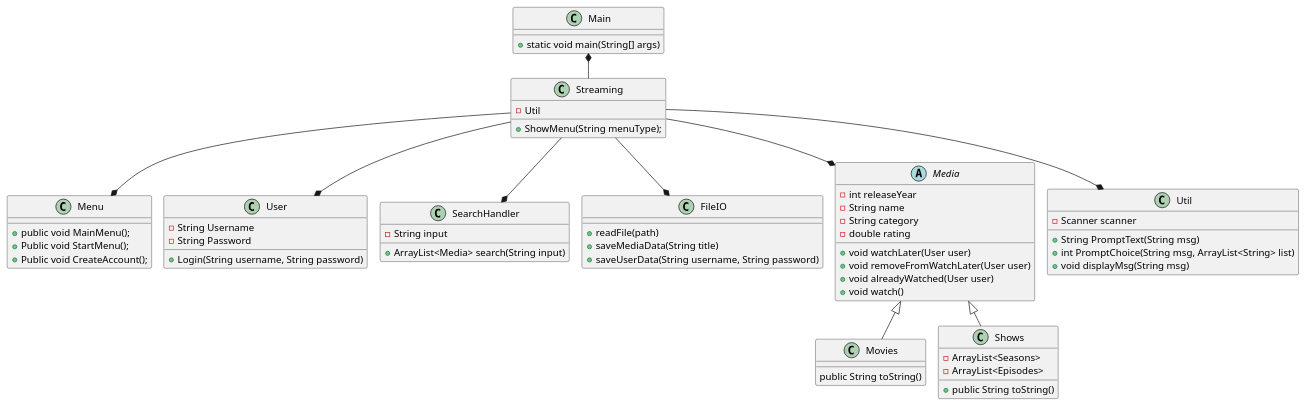
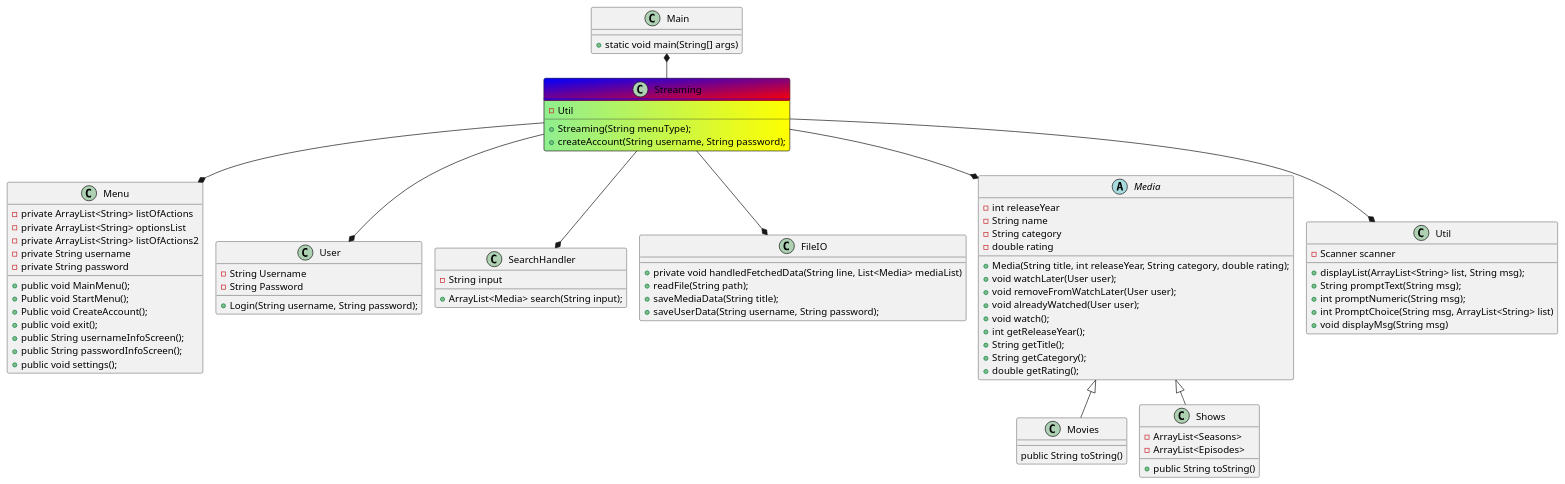
One commit to ValdemarLarsen02/SP3GruppeD changed the diagram in Docs/ClassDiagram.puml. Above: the diagram before and after it, drawn with PlantUML. The commit also changed 5 other files, not shown here.

```diff
--- a/Docs/ClassDiagram.puml
+++ b/Docs/ClassDiagram.puml
@@ -1,79 +1,97 @@
 @startuml
 !pragma layout smetana
 
 Class Main{
 +static void main(String[] args)
 }
 
 Class Menu{
+ - private ArrayList<String> listOfActions
+ - private ArrayList<String> optionsList
+ - private ArrayList<String> listOfActions2
+ - private String username
+ - private String password
  + public void MainMenu();
  + Public void StartMenu();
  + Public void CreateAccount();
+ + public void exit();
+ + public String usernameInfoScreen();
+ + public String passwordInfoScreen();
+ + public void settings();
 }
 
 
 
-Class Streaming {
+Class Streaming #back:lightgreen|yellow;header:blue/red {
     -Util
-    + ShowMenu(String menuType);
+    + Streaming(String menuType);
+    + createAccount(String username, String password);
 }
 
 Class User{
 - String Username
 - String Password
-+ Login(String username, String password)
++ Login(String username, String password);
 }
 
 Class SearchHandler {
 - String input
-+ ArrayList<Media> search(String input)
++ ArrayList<Media> search(String input);
 
 }
 
 Class FileIO{
-+ readFile(path)
-+ saveMediaData(String title)
-+ saveUserData(String username, String password)
++ private void handledFetchedData(String line, List<Media> mediaList)
++ readFile(String path);
++ saveMediaData(String title);
++ saveUserData(String username, String password);
 }
 
 Abstract Media{
 - int releaseYear
 - String name
 - String category
 - double rating
-+ void watchLater(User user)
-+ void removeFromWatchLater(User user)
-+ void alreadyWatched(User user)
-+ void watch()
++ Media(String title, int releaseYear, String category, double rating);
++ void watchLater(User user);
++ void removeFromWatchLater(User user);
++ void alreadyWatched(User user);
++ void watch();
++ int getReleaseYear();
++ String getTitle();
++ String getCategory();
++ double getRating();
 }
 
 Class Util{
 - Scanner scanner
-+ String PromptText(String msg)
++ displayList(ArrayList<String> list, String msg);
++ String promptText(String msg);
++ int promptNumeric(String msg);
 + int PromptChoice(String msg, ArrayList<String> list)
 + void displayMsg(String msg)
 }
 
 Class Movies{
 public String toString()
 }
 
 Class Shows{
 - ArrayList<Seasons>
 - ArrayList<Episodes>
 + public String toString()
 }
 
 Main *-- Streaming
 Streaming--* User
 Streaming --* FileIO
 Streaming --* Menu
 Streaming --* Media
 Media <|-- Movies
 Media <|-- Shows
 Streaming --* SearchHandler
 Streaming --* Util
 
 
 
 @enduml
```
